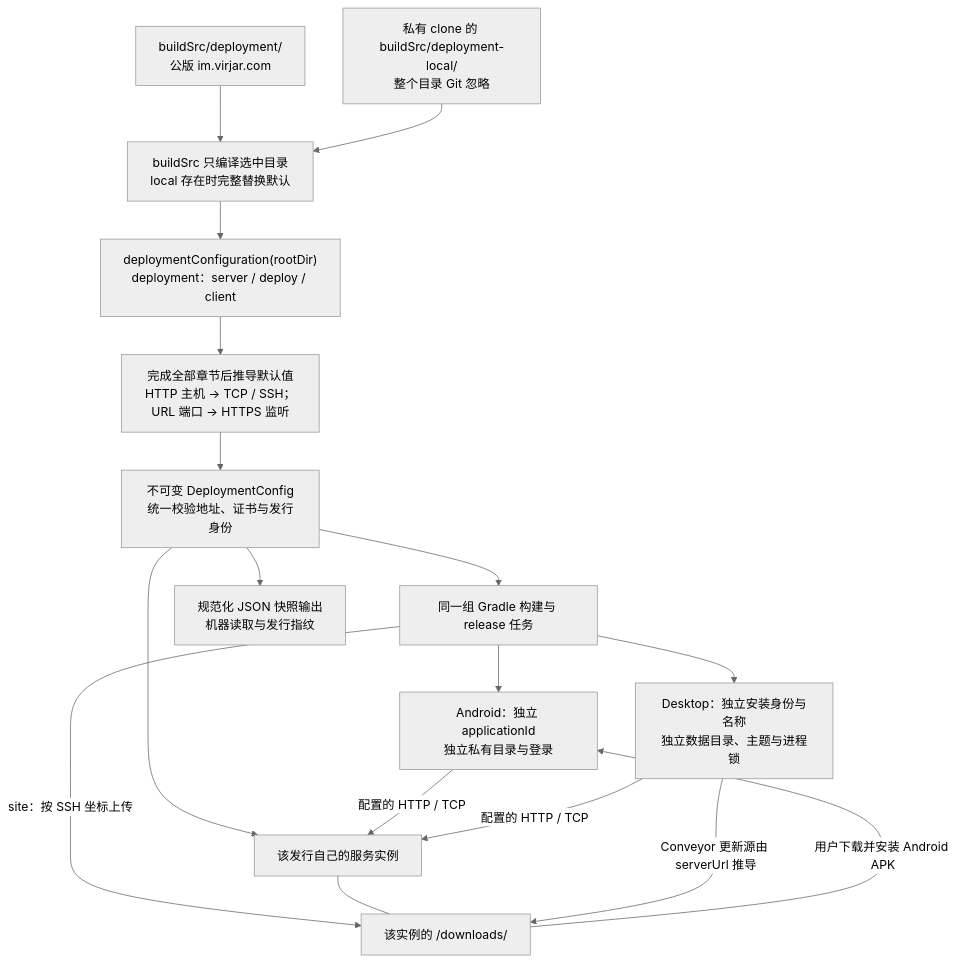
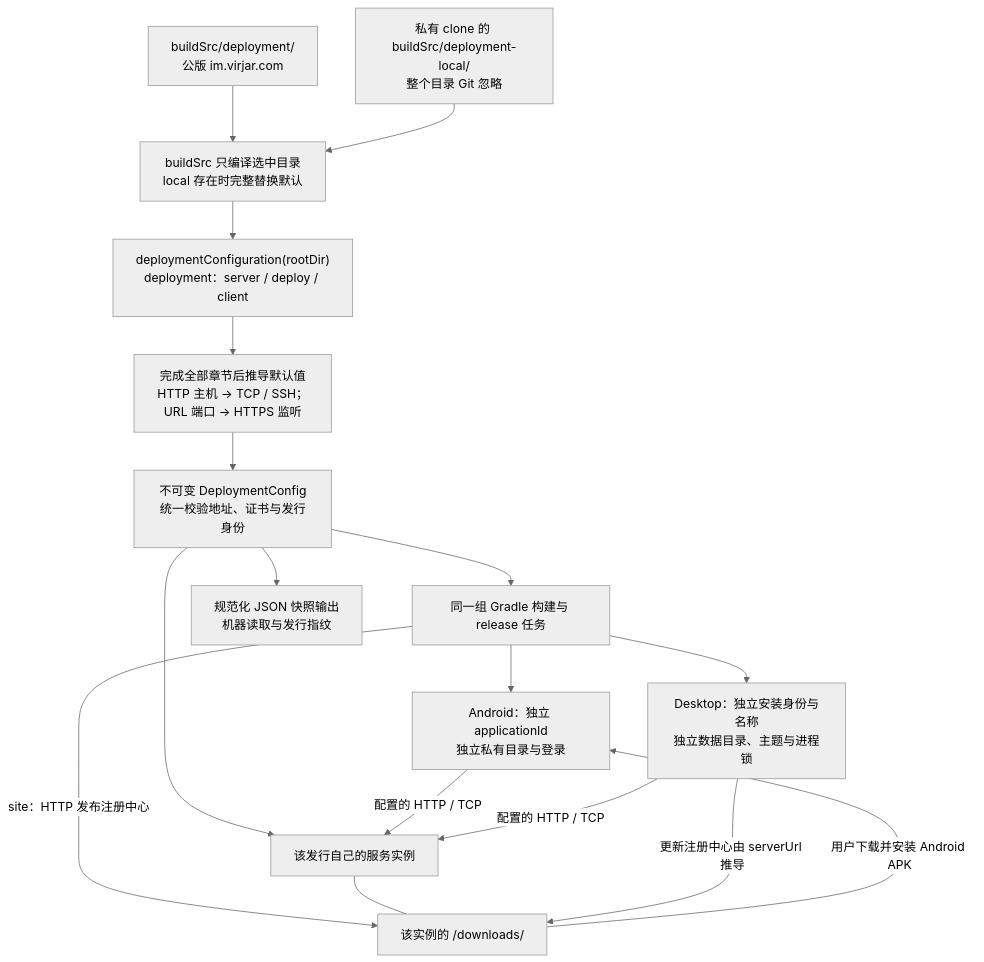
One commit to virjar/team-talk changed the diagram in doc/07-operations/configuration.md. Above: the diagram before and after it, drawn with Mermaid (neutral theme). The commit also changed other lines of this file and 44 other files, not shown here.

````diff
--- a/doc/07-operations/configuration.md
+++ b/doc/07-operations/configuration.md
@@ -109,19 +109,19 @@
 ```mermaid
 flowchart TD
     Default["buildSrc/deployment/<br/>公版 im.virjar.com"] --> Select["buildSrc 只编译选中目录<br/>local 存在时完整替换默认"]
     Local["私有 clone 的 buildSrc/deployment-local/<br/>整个目录 Git 忽略"] --> Select
     Select --> DSL["deploymentConfiguration(rootDir)<br/>deployment：server / deploy / client"]
     DSL --> Resolve["完成全部章节后推导默认值<br/>HTTP 主机 → TCP / SSH；URL 端口 → HTTPS 监听"]
     Resolve --> Config["不可变 DeploymentConfig<br/>统一校验地址、证书与发行身份"]
     Config --> Gradle["同一组 Gradle 构建与 release 任务"]
     Config --> Snapshot["规范化 JSON 快照输出<br/>机器读取与发行指纹"]
     Gradle --> Android["Android：独立 applicationId<br/>独立私有目录与登录"]
     Gradle --> Desktop["Desktop：独立安装身份与名称<br/>独立数据目录、主题与进程锁"]
     Config --> Node["该发行自己的服务实例"]
     Android -->|"配置的 HTTP / TCP"| Node
     Desktop -->|"配置的 HTTP / TCP"| Node
-    Gradle -->|"site：按 SSH 坐标上传"| Downloads["该实例的 /downloads/"]
+    Gradle -->|"site：HTTP 发布注册中心"| Downloads["该实例的 /downloads/"]
     Node --- Downloads
     Downloads -->|"用户下载并安装 Android APK"| Android
-    Desktop -->|"Conveyor 更新源由 serverUrl 推导"| Downloads
+    Desktop -->|"更新注册中心由 serverUrl 推导"| Downloads
 ```
````
